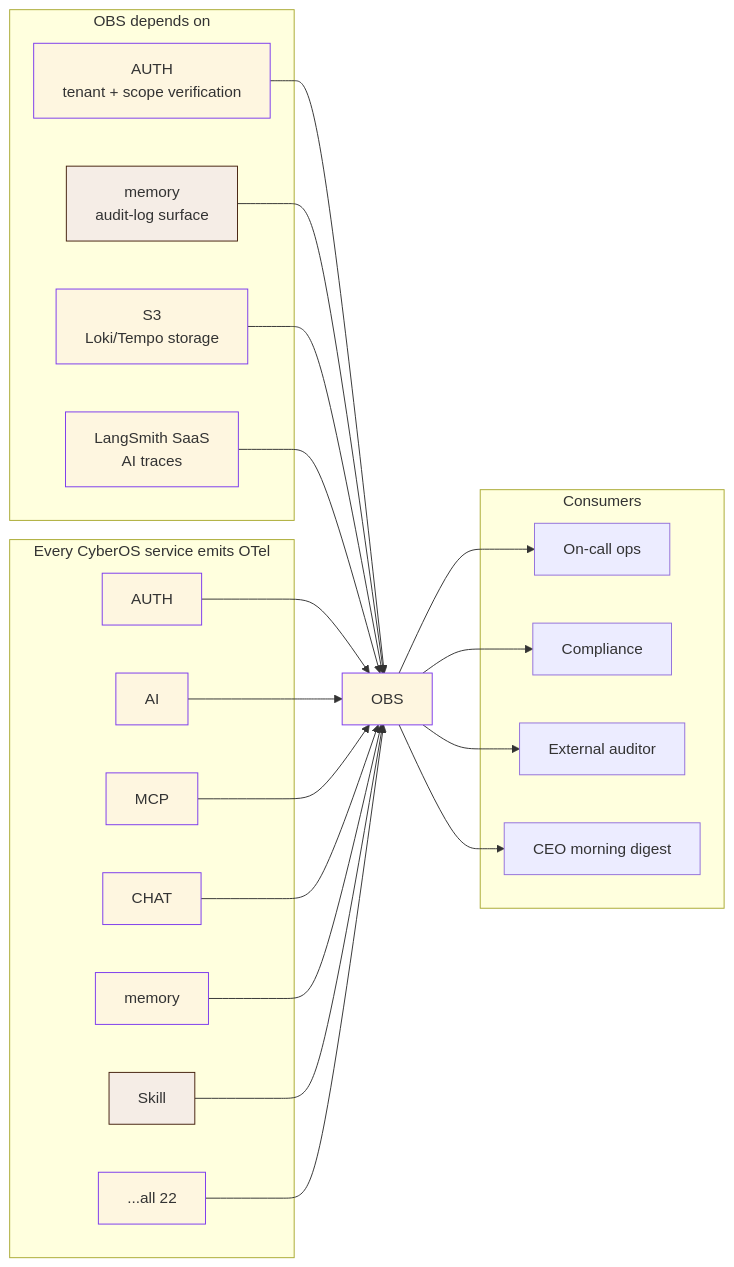
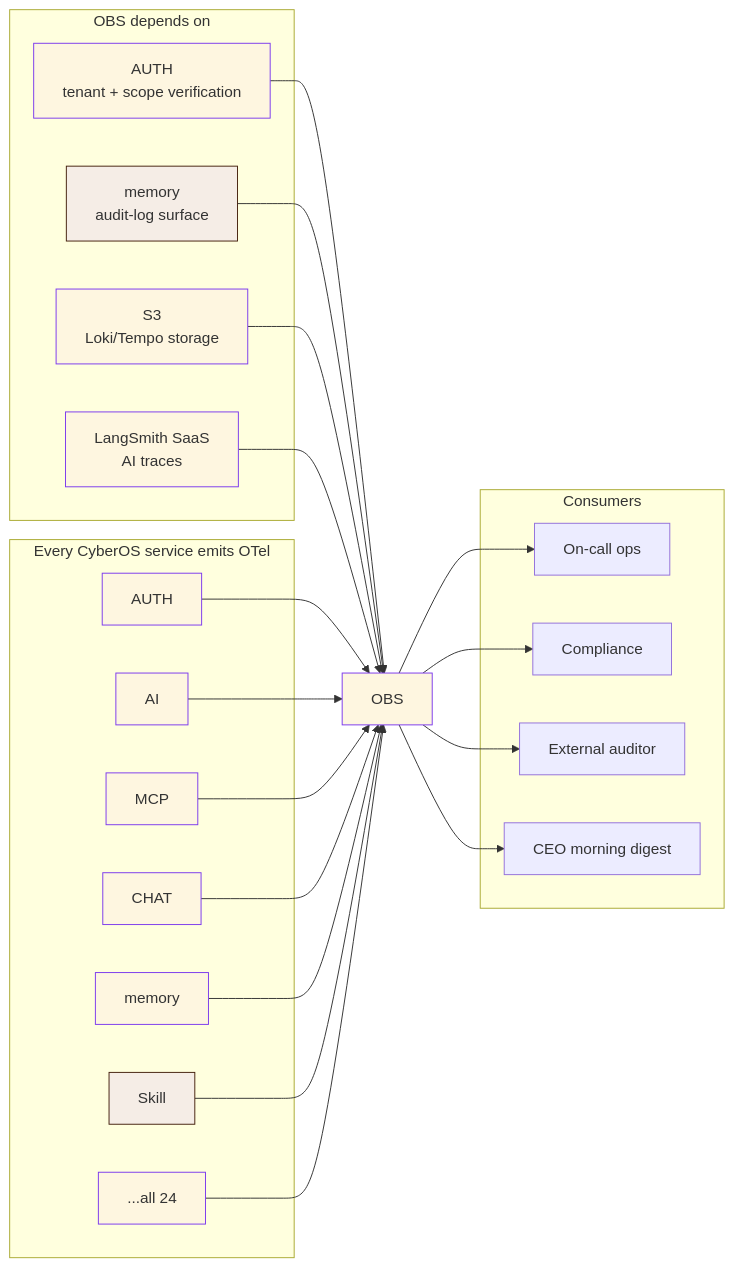
Diagram 11 of 11 in services/obs-collector/docs/index.md (cyberskill-official/cyberos), drawn with Mermaid before and after one commit. The commit also changed other lines of this file and 20 other files, not shown here.

````diff
--- a/services/obs-collector/docs/index.md
+++ b/services/obs-collector/docs/index.md
@@ -795,45 +795,45 @@
 ```mermaid
 graph LR
   subgraph upstream ["OBS depends on"]
     AUTH["AUTH<br/>tenant + scope verification"]
     memory["memory<br/>audit-log surface"]
     S3["S3<br/>Loki/Tempo storage"]
     LANGSMITH["LangSmith SaaS<br/>AI traces"]
   end
   OBS["OBS"]
   subgraph emitters ["Every CyberOS service emits OTel"]
     AUTH2["AUTH"]
     AI["AI"]
     MCP["MCP"]
     CHAT["CHAT"]
     BR2["memory"]
     SK["Skill"]
-    OTH["...all 22"]
+    OTH["...all 24"]
   end
   subgraph consumers ["Consumers"]
     OPS["On-call ops"]
     COMP["Compliance"]
     AUDIT["External auditor"]
     CEO["CEO morning digest"]
   end
   AUTH --> OBS
   memory --> OBS
   S3 --> OBS
   LANGSMITH --> OBS
   AUTH2 --> OBS
   AI --> OBS
   MCP --> OBS
   CHAT --> OBS
   BR2 --> OBS
   SK --> OBS
   OTH --> OBS
   OBS --> OPS
   OBS --> COMP
   OBS --> AUDIT
   OBS --> CEO
   classDef shipped fill:#f5ede6,stroke:#45210e
   classDef planned fill:#fef6e0,stroke:#7c3aed
   class memory,SK shipped
   class OBS,AUTH,AI,MCP,CHAT,AUTH2,BR2,OTH planned
   class S3,LANGSMITH planned
 ```
````
